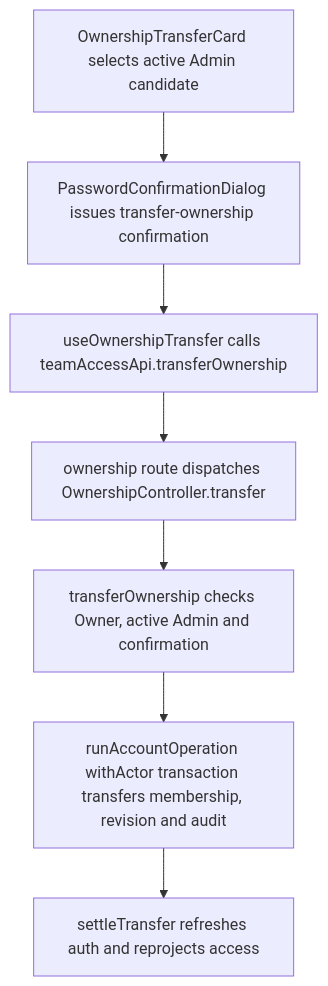
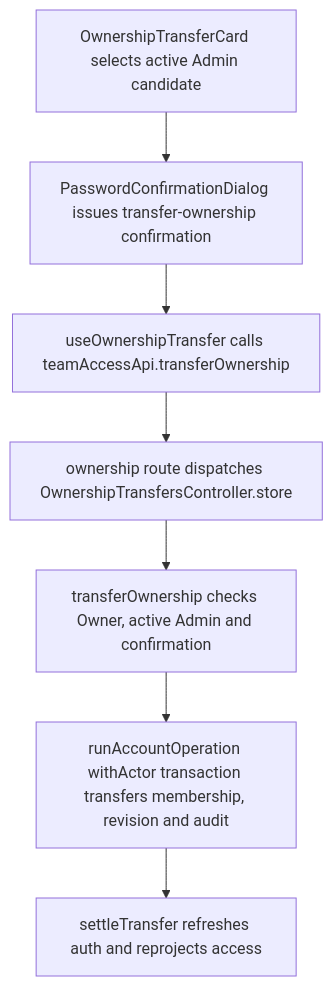
One commit to Kevinjohn/capacitylens changed the second of 2 diagrams in user-stories/settings/US-SET-18-ownership-transfer.md. Above: the diagram before and after it, drawn with Mermaid. The commit also changed other lines of this file and 139 other files, not shown here.

````diff
--- a/user-stories/settings/US-SET-18-ownership-transfer.md
+++ b/user-stories/settings/US-SET-18-ownership-transfer.md
@@ -36,9 +36,9 @@
 ```mermaid
 flowchart TD
   card["OwnershipTransferCard selects active Admin candidate"] --> dialog["PasswordConfirmationDialog issues transfer-ownership confirmation"]
   dialog --> hook["useOwnershipTransfer calls teamAccessApi.transferOwnership"]
-  hook --> route["ownership route dispatches OwnershipController.transfer"]
+  hook --> route["ownership route dispatches OwnershipTransfersController.store"]
   route --> service["transferOwnership checks Owner, active Admin and confirmation"]
   service --> transaction["runAccountOperation withActor transaction transfers membership, revision and audit"]
   transaction --> result["settleTransfer refreshes auth and reprojects access"]
 ```
````
